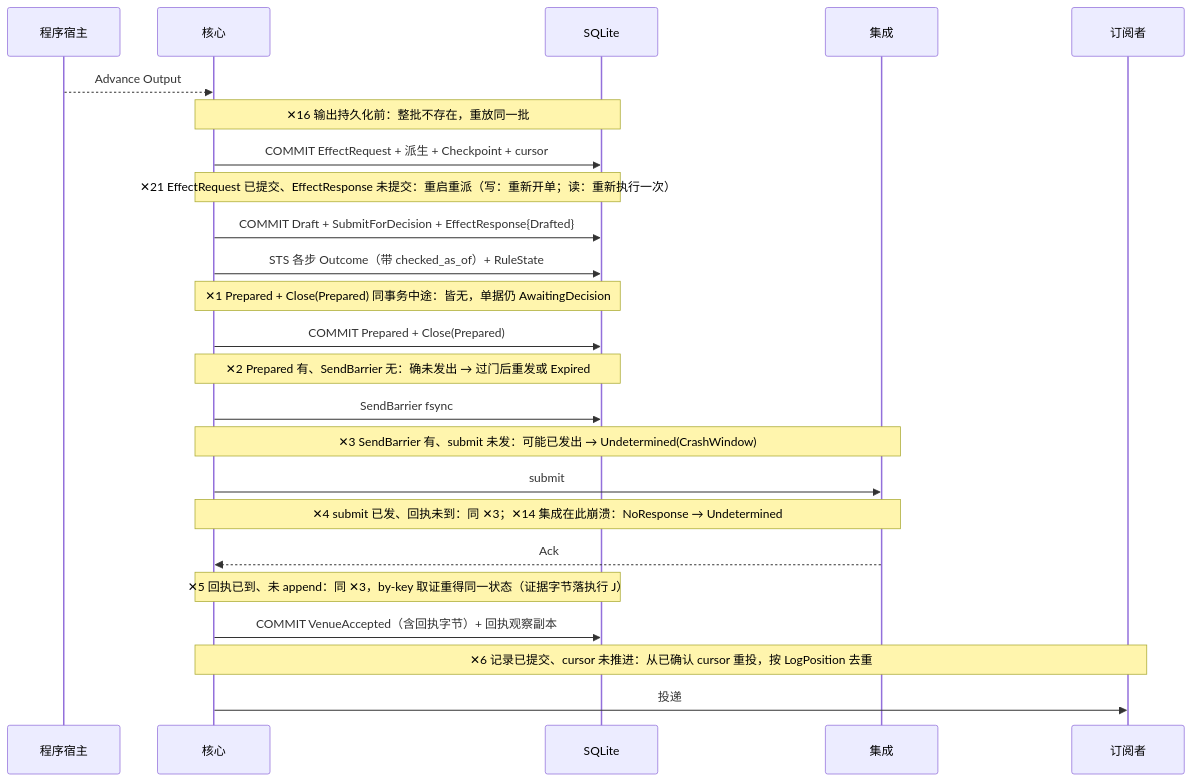
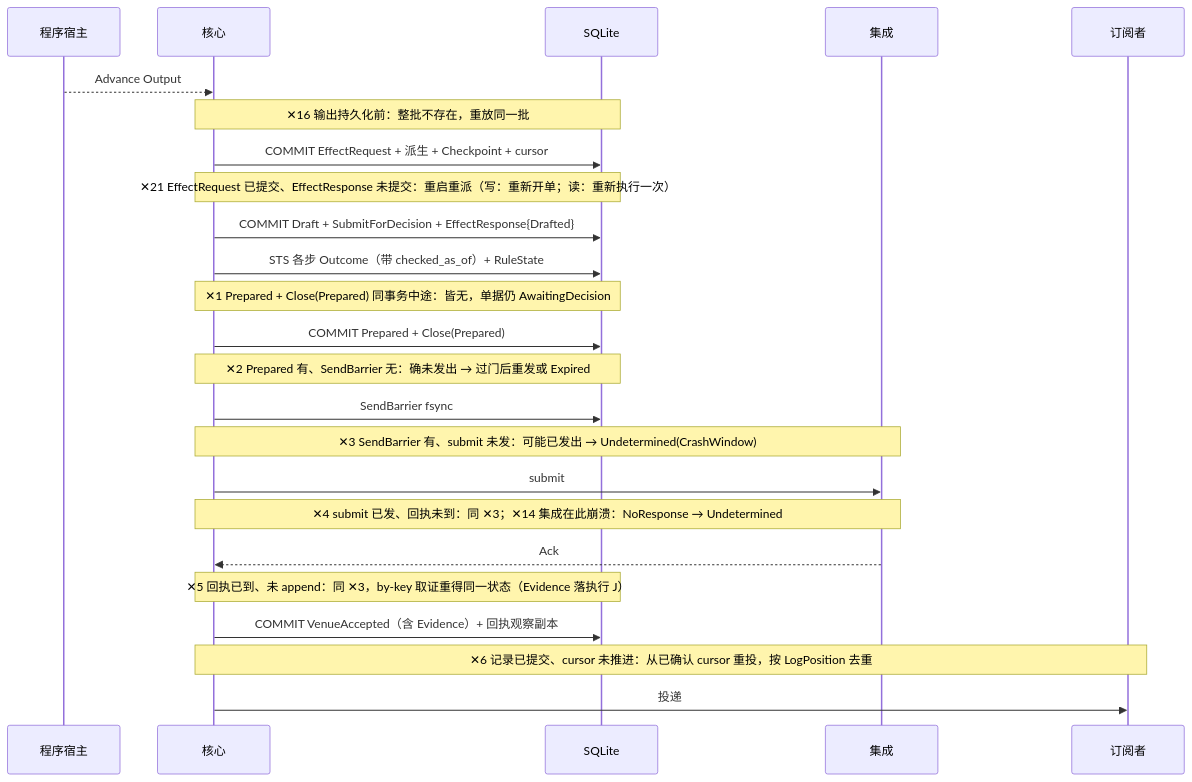
One commit to mouriya-s-lab/uta changed the second of 4 diagrams in design/diagrams/07-crash-recovery.md. Above: the diagram before and after it, drawn with Mermaid. The commit also changed other lines of this file and 13 other files, not shown here.

First line of the commit message:
design: align text and diagrams with upstream-authority amendment after full read

````diff
--- a/design/diagrams/07-crash-recovery.md
+++ b/design/diagrams/07-crash-recovery.md
@@ -36,26 +36,26 @@
 ```mermaid
 sequenceDiagram
   participant H as 程序宿主
   participant C as 核心
   participant DB as SQLite
   participant I as 集成
   participant A as 订阅者
   H-->>C: Advance Output
   Note over C,DB: ✕16 输出持久化前：整批不存在，重放同一批
   C->>DB: COMMIT EffectRequest + 派生 + Checkpoint + cursor
   Note over C,DB: ✕21 EffectRequest 已提交、EffectResponse 未提交：重启重派（写：重新开单；读：重新执行一次）
   C->>DB: COMMIT Draft + SubmitForDecision + EffectResponse{Drafted}
   C->>DB: STS 各步 Outcome（带 checked_as_of）+ RuleState
   Note over C,DB: ✕1 Prepared + Close(Prepared) 同事务中途：皆无，单据仍 AwaitingDecision
   C->>DB: COMMIT Prepared + Close(Prepared)
   Note over C,DB: ✕2 Prepared 有、SendBarrier 无：确未发出 → 过门后重发或 Expired
   C->>DB: SendBarrier fsync
   Note over C,I: ✕3 SendBarrier 有、submit 未发：可能已发出 → Undetermined(CrashWindow)
   C->>I: submit
   Note over C,I: ✕4 submit 已发、回执未到：同 ✕3；✕14 集成在此崩溃：NoResponse → Undetermined
   I-->>C: Ack
-  Note over C,DB: ✕5 回执已到、未 append：同 ✕3，by-key 取证重得同一状态（证据字节落执行 J）
-  C->>DB: COMMIT VenueAccepted（含回执字节）+ 回执观察副本
+  Note over C,DB: ✕5 回执已到、未 append：同 ✕3，by-key 取证重得同一状态（Evidence 落执行 J）
+  C->>DB: COMMIT VenueAccepted（含 Evidence）+ 回执观察副本
   Note over C,A: ✕6 记录已提交、cursor 未推进：从已确认 cursor 重投，按 LogPosition 去重
   C->>A: 投递
 ```
````
